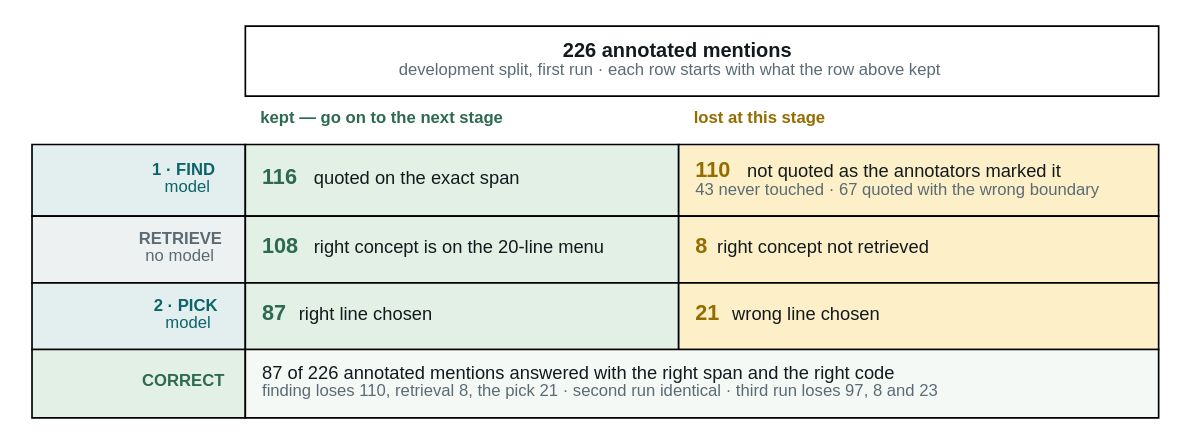
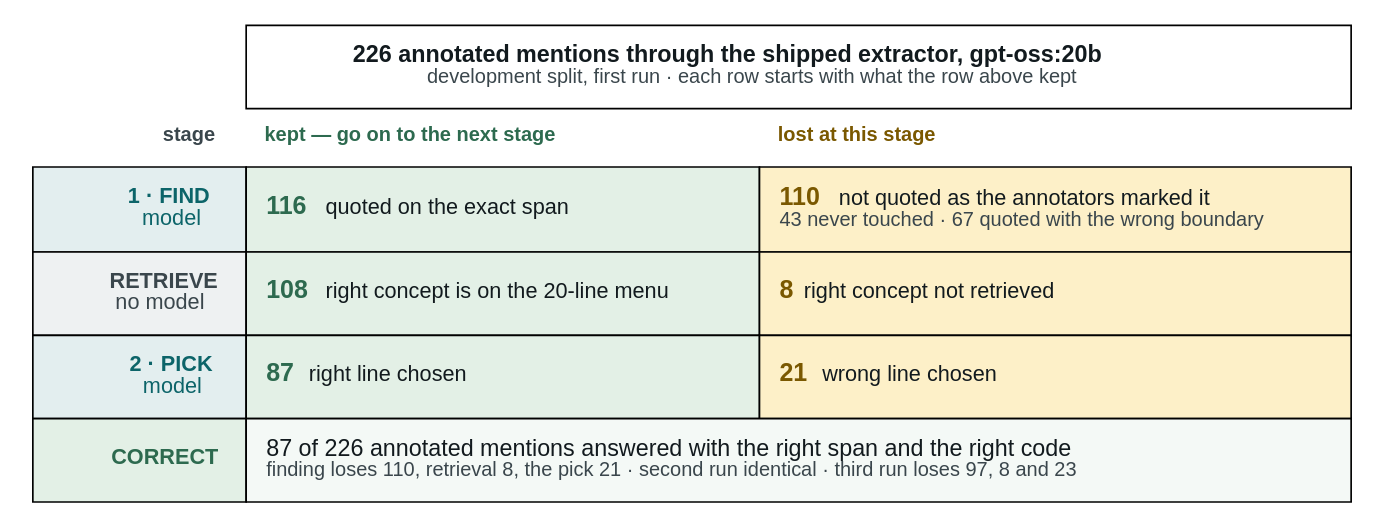
The diagram in docs/figures/infoq-fig3-funnel.dot (wbagais/reliability-ladder), drawn with Graphviz before and after one commit. The commit also changed 17 other files, not shown here.

```diff
--- a/docs/figures/infoq-fig3-funnel.dot
+++ b/docs/figures/infoq-fig3-funnel.dot
@@ -1,41 +1,41 @@
 // Where the 226 development-split gold mentions go, rerun-cadec-d0, for
 // docs/article-infoq-CADEC.md. Same table idiom and colour key as
 // fig7-pipeline-cadec.dot; green = survives to the next stage, red = lost here.
 // Counts are paired span-exact over the same 226 mentions, so the rows chain:
 // 226 -> 116 -> 108 -> 87.
 digraph funnel {
   bgcolor="white";
   node [shape=none fontname="Helvetica"];
 
-  t [label=<<TABLE BORDER="0" CELLBORDER="1" CELLSPACING="0" CELLPADDING="9">
+  t [label=<<TABLE BORDER="0" CELLBORDER="1" CELLSPACING="0" CELLPADDING="11">
 
     <TR><TD BORDER="0"></TD>
-      <TD COLSPAN="2" BGCOLOR="#ffffff" ALIGN="CENTER"><FONT POINT-SIZE="12" COLOR="#121a1e"><B>226 annotated mentions</B></FONT><BR/><FONT POINT-SIZE="10" COLOR="#5a6b73">development split, first run · each row starts with what the row above kept</FONT></TD>
+      <TD COLSPAN="2" BGCOLOR="#ffffff" ALIGN="CENTER"><FONT POINT-SIZE="14.5" COLOR="#121a1e"><B>226 annotated mentions through the shipped extractor, gpt-oss:20b</B></FONT><BR/><FONT POINT-SIZE="12.5" COLOR="#3a464c">development split, first run · each row starts with what the row above kept</FONT></TD>
     </TR>
 
-    <TR><TD BORDER="0"></TD>
-      <TD BORDER="0" ALIGN="LEFT" WIDTH="260"><FONT POINT-SIZE="10" COLOR="#2d6a4f"><B>kept — go on to the next stage</B></FONT></TD>
-      <TD BORDER="0" ALIGN="LEFT" WIDTH="260"><FONT POINT-SIZE="10" COLOR="#946c00"><B>lost at this stage</B></FONT></TD>
+    <TR><TD BORDER="0" ALIGN="RIGHT"><FONT POINT-SIZE="12.5" COLOR="#3a464c"><B>stage</B></FONT></TD>
+      <TD BORDER="0" ALIGN="LEFT" WIDTH="260"><FONT POINT-SIZE="12.5" COLOR="#2d6a4f"><B>kept — go on to the next stage</B></FONT></TD>
+      <TD BORDER="0" ALIGN="LEFT" WIDTH="260"><FONT POINT-SIZE="12.5" COLOR="#7a5800"><B>lost at this stage</B></FONT></TD>
     </TR>
 
-    <TR><TD BGCOLOR="#e3eeef" ALIGN="RIGHT" WIDTH="128"><FONT POINT-SIZE="10.5" COLOR="#0c6469"><B>1 · FIND</B><BR ALIGN="RIGHT"/>model</FONT></TD>
-      <TD BGCOLOR="#e3f0e6" ALIGN="LEFT"><FONT POINT-SIZE="13" COLOR="#2d6a4f"><B>116</B></FONT><FONT POINT-SIZE="11" COLOR="#121a1e">  quoted on the exact span</FONT></TD>
-      <TD BGCOLOR="#fdf0c8" ALIGN="LEFT"><FONT POINT-SIZE="13" COLOR="#946c00"><B>110</B></FONT><FONT POINT-SIZE="11" COLOR="#121a1e">  not quoted as the annotators marked it</FONT><BR ALIGN="LEFT"/><FONT POINT-SIZE="10" COLOR="#5a6b73">43 never touched · 67 quoted with the wrong boundary</FONT><BR ALIGN="LEFT"/></TD>
+    <TR><TD BGCOLOR="#e3eeef" ALIGN="RIGHT" WIDTH="128"><FONT POINT-SIZE="13" COLOR="#0c6469"><B>1 · FIND</B><BR ALIGN="RIGHT"/>model</FONT></TD>
+      <TD BGCOLOR="#e3f0e6" ALIGN="LEFT"><FONT POINT-SIZE="15.5" COLOR="#2d6a4f"><B>116</B></FONT><FONT POINT-SIZE="13.5" COLOR="#121a1e">  quoted on the exact span</FONT></TD>
+      <TD BGCOLOR="#fdf0c8" ALIGN="LEFT"><FONT POINT-SIZE="15.5" COLOR="#7a5800"><B>110</B></FONT><FONT POINT-SIZE="13.5" COLOR="#121a1e">  not quoted as the annotators marked it</FONT><BR ALIGN="LEFT"/><FONT POINT-SIZE="12.5" COLOR="#3a464c">43 never touched · 67 quoted with the wrong boundary</FONT><BR ALIGN="LEFT"/></TD>
     </TR>
 
-    <TR><TD BGCOLOR="#eef1f2" ALIGN="RIGHT"><FONT POINT-SIZE="10.5" COLOR="#5a6b73"><B>RETRIEVE</B><BR ALIGN="RIGHT"/>no model</FONT></TD>
-      <TD BGCOLOR="#e3f0e6" ALIGN="LEFT"><FONT POINT-SIZE="13" COLOR="#2d6a4f"><B>108</B></FONT><FONT POINT-SIZE="11" COLOR="#121a1e">  right concept is on the 20-line menu</FONT></TD>
-      <TD BGCOLOR="#fdf0c8" ALIGN="LEFT"><FONT POINT-SIZE="13" COLOR="#946c00"><B>8</B></FONT><FONT POINT-SIZE="11" COLOR="#121a1e">  right concept not retrieved</FONT></TD>
+    <TR><TD BGCOLOR="#eef1f2" ALIGN="RIGHT"><FONT POINT-SIZE="13" COLOR="#3a464c"><B>RETRIEVE</B><BR ALIGN="RIGHT"/>no model</FONT></TD>
+      <TD BGCOLOR="#e3f0e6" ALIGN="LEFT"><FONT POINT-SIZE="15.5" COLOR="#2d6a4f"><B>108</B></FONT><FONT POINT-SIZE="13.5" COLOR="#121a1e">  right concept is on the 20-line menu</FONT></TD>
+      <TD BGCOLOR="#fdf0c8" ALIGN="LEFT"><FONT POINT-SIZE="15.5" COLOR="#7a5800"><B>8</B></FONT><FONT POINT-SIZE="13.5" COLOR="#121a1e">  right concept not retrieved</FONT></TD>
     </TR>
 
-    <TR><TD BGCOLOR="#e3eeef" ALIGN="RIGHT"><FONT POINT-SIZE="10.5" COLOR="#0c6469"><B>2 · PICK</B><BR ALIGN="RIGHT"/>model</FONT></TD>
-      <TD BGCOLOR="#e3f0e6" ALIGN="LEFT"><FONT POINT-SIZE="13" COLOR="#2d6a4f"><B>87</B></FONT><FONT POINT-SIZE="11" COLOR="#121a1e">  right line chosen</FONT></TD>
-      <TD BGCOLOR="#fdf0c8" ALIGN="LEFT"><FONT POINT-SIZE="13" COLOR="#946c00"><B>21</B></FONT><FONT POINT-SIZE="11" COLOR="#121a1e">  wrong line chosen</FONT></TD>
+    <TR><TD BGCOLOR="#e3eeef" ALIGN="RIGHT"><FONT POINT-SIZE="13" COLOR="#0c6469"><B>2 · PICK</B><BR ALIGN="RIGHT"/>model</FONT></TD>
+      <TD BGCOLOR="#e3f0e6" ALIGN="LEFT"><FONT POINT-SIZE="15.5" COLOR="#2d6a4f"><B>87</B></FONT><FONT POINT-SIZE="13.5" COLOR="#121a1e">  right line chosen</FONT></TD>
+      <TD BGCOLOR="#fdf0c8" ALIGN="LEFT"><FONT POINT-SIZE="15.5" COLOR="#7a5800"><B>21</B></FONT><FONT POINT-SIZE="13.5" COLOR="#121a1e">  wrong line chosen</FONT></TD>
     </TR>
 
-    <TR><TD BGCOLOR="#e3f0e6" ALIGN="RIGHT"><FONT POINT-SIZE="10.5" COLOR="#2d6a4f"><B>CORRECT</B></FONT></TD>
-      <TD COLSPAN="2" BGCOLOR="#f4f9f6" ALIGN="LEFT"><FONT POINT-SIZE="11.5" COLOR="#121a1e">87 of 226 annotated mentions answered with the right span and the right code</FONT><BR ALIGN="LEFT"/><FONT POINT-SIZE="10" COLOR="#5a6b73">finding loses 110, retrieval 8, the pick 21 · second run identical · third run loses 97, 8 and 23</FONT><BR ALIGN="LEFT"/></TD>
+    <TR><TD BGCOLOR="#e3f0e6" ALIGN="RIGHT"><FONT POINT-SIZE="13" COLOR="#2d6a4f"><B>CORRECT</B></FONT></TD>
+      <TD COLSPAN="2" BGCOLOR="#f4f9f6" ALIGN="LEFT"><FONT POINT-SIZE="14" COLOR="#121a1e">87 of 226 annotated mentions answered with the right span and the right code</FONT><BR ALIGN="LEFT"/><FONT POINT-SIZE="12.5" COLOR="#3a464c">finding loses 110, retrieval 8, the pick 21 · second run identical · third run loses 97, 8 and 23</FONT><BR ALIGN="LEFT"/></TD>
     </TR>
 
   </TABLE>>];
 }
```
